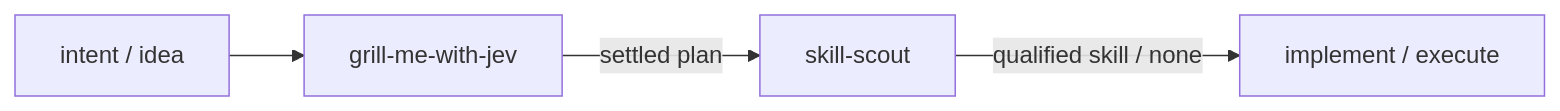
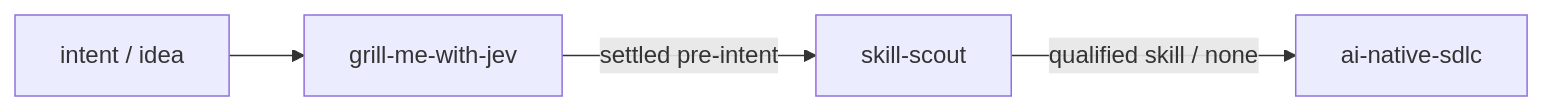
One commit to jon-devlapaz/tink-skills changed the diagram in README.md. Above: the diagram before and after it, drawn with Mermaid. The commit also changed other lines of this file and 20 other files, not shown here.

````diff
--- a/README.md
+++ b/README.md
@@ -11,6 +11,6 @@
 ```mermaid
 flowchart LR
     intent["intent / idea"] --> grill["grill-me-with-jev"]
-    grill -->|settled plan| scout["skill-scout"]
-    scout -->|qualified skill / none| implementation["implement / execute"]
+    grill -->|settled pre-intent| scout["skill-scout"]
+    scout -->|qualified skill / none| implementation["ai-native-sdlc"]
 ```
````
